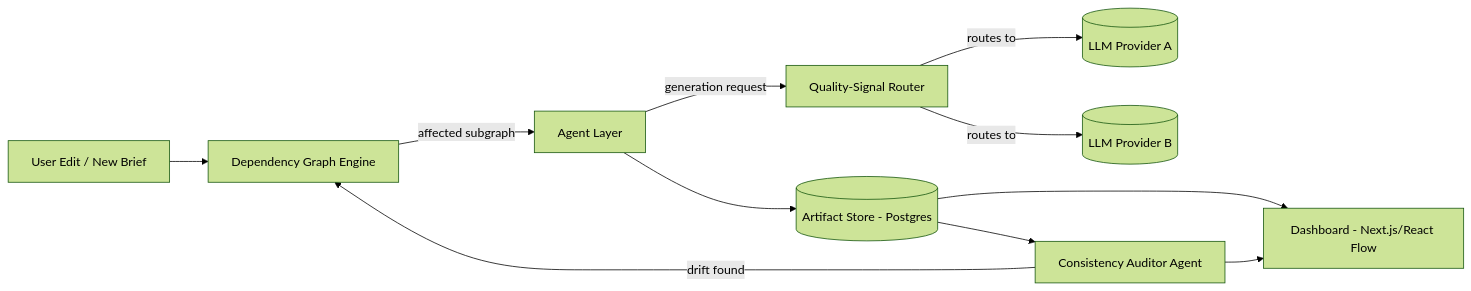
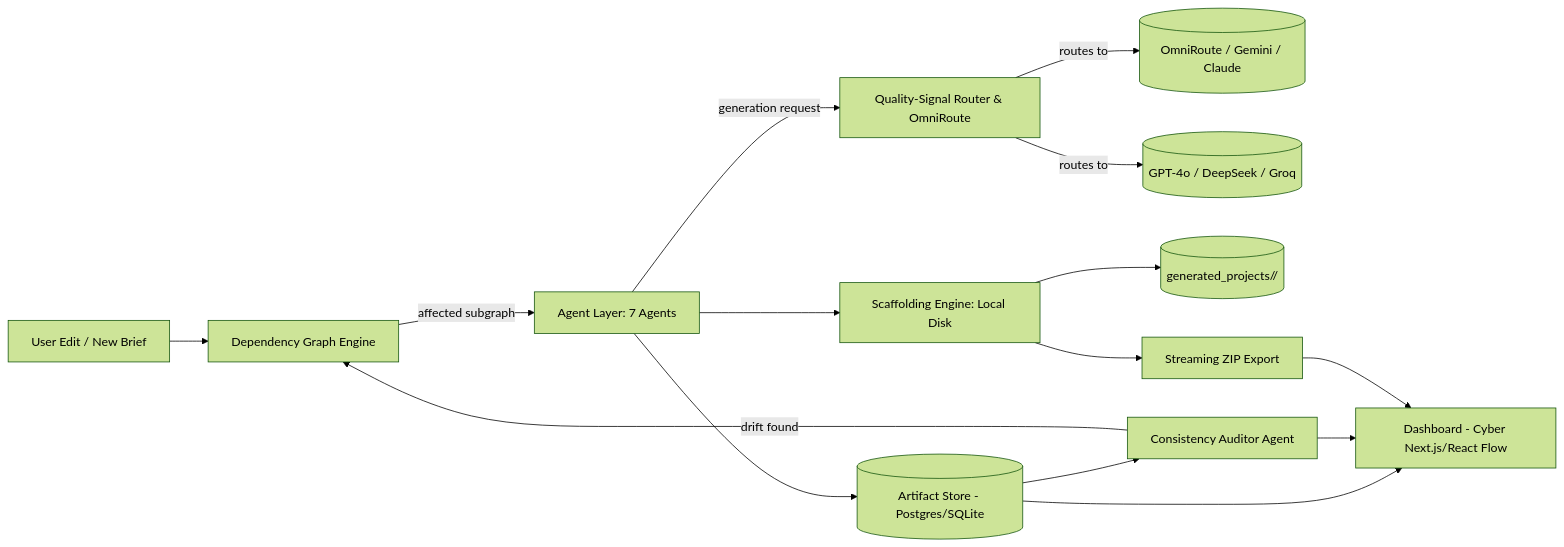
The first of 2 diagrams in docs/design.md (harishy0406/AgentFlow), drawn with Mermaid (forest theme) before and after one commit. The commit also changed other lines of this file and 3 other files, not shown here.

Commit message:
docs: update PRD, SDD, architecture, and implementation plan with 7-node DAG, OmniRoute, and code scaffolding

````diff
--- a/docs/design.md
+++ b/docs/design.md
@@ -29,13 +30,17 @@
 ```mermaid
 flowchart LR
     U[User Edit / New Brief] --> DG[Dependency Graph Engine]
-    DG -->|affected subgraph| AL[Agent Layer]
-    AL -->|generation request| QR[Quality-Signal Router]
-    QR -->|routes to| LLM1[(LLM Provider A)]
-    QR -->|routes to| LLM2[(LLM Provider B)]
-    AL --> ART[(Artifact Store - Postgres)]
+    DG -->|affected subgraph| AL[Agent Layer: 7 Agents]
+    AL -->|generation request| QR[Quality-Signal Router & OmniRoute]
+    QR -->|routes to| LLM1[(OmniRoute / Gemini / Claude)]
+    QR -->|routes to| LLM2[(GPT-4o / DeepSeek / Groq)]
+    AL --> ART[(Artifact Store - Postgres/SQLite)]
+    AL --> SCAFF[Scaffolding Engine: Local Disk]
+    SCAFF --> DISK[("generated_projects/<slug>/")]
+    SCAFF --> ZIP[Streaming ZIP Export]
     ART --> CA[Consistency Auditor Agent]
     CA -->|drift found| DG
-    ART --> DASH[Dashboard - Next.js/React Flow]
+    ART --> DASH[Dashboard - Cyber Next.js/React Flow]
     CA --> DASH
+    ZIP --> DASH
 ```
````
